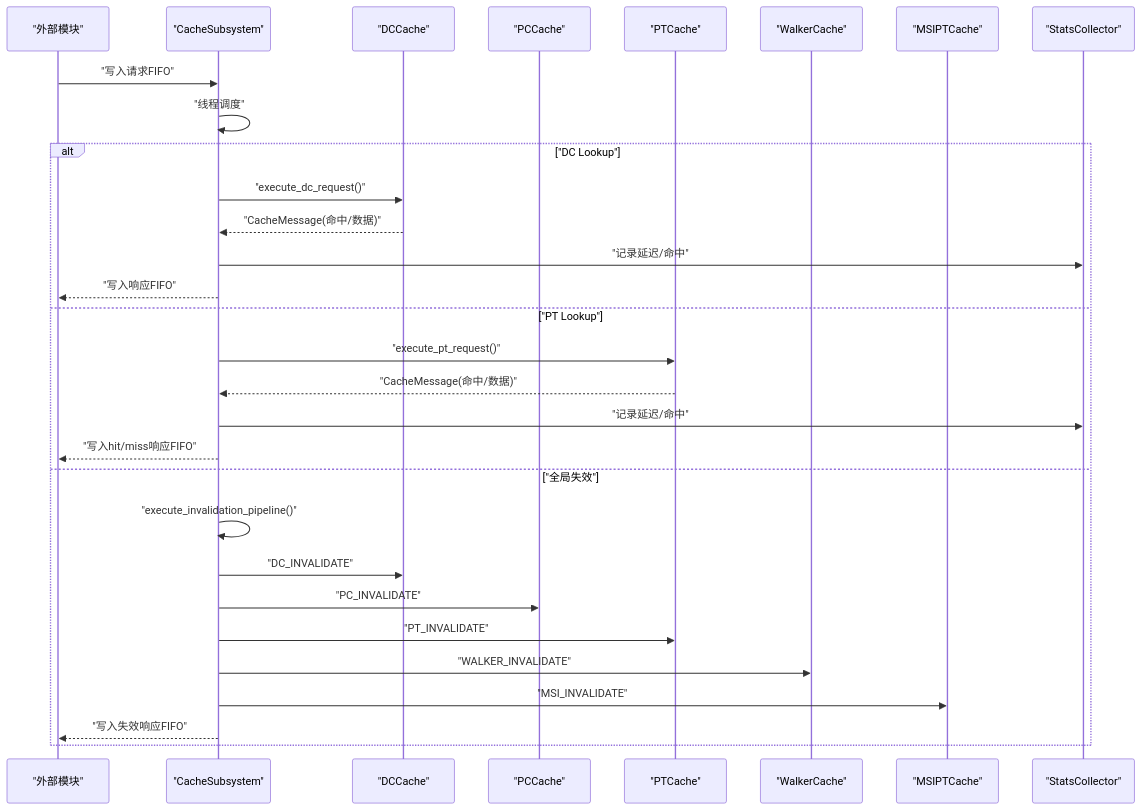
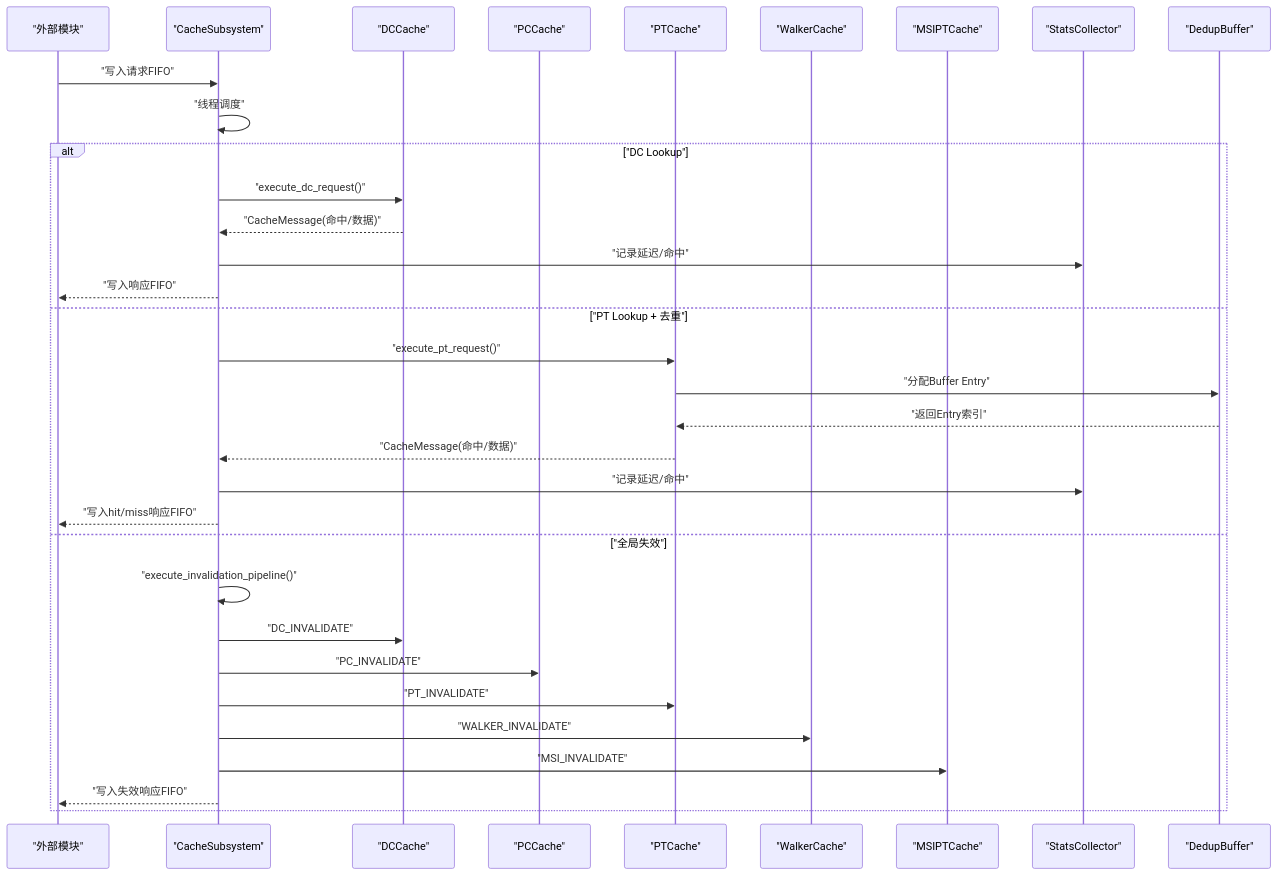
Before and after one commit to jiangjiang1122/iommu_model_20260401_v1: the second of 8 diagrams in .qoder/repowiki/zh/content/缓存系统架构/缓存子系统概览.md, drawn with Mermaid. The commit also changed other lines of this file and 22 other files, not shown here.

````diff
--- a/.qoder/repowiki/zh/content/缓存系统架构/缓存子系统概览.md
+++ b/.qoder/repowiki/zh/content/缓存系统架构/缓存子系统概览.md
@@ -94,32 +106,35 @@
 ```mermaid
 sequenceDiagram
 participant Ext as "外部模块"
 participant CS as "CacheSubsystem"
 participant DC as "DCCache"
 participant PC as "PCCache"
 participant PT as "PTCache"
 participant WC as "WalkerCache"
 participant MSI as "MSIPTCache"
 participant STAT as "StatsCollector"
+participant DEDP as "DedupBuffer"
 Ext->>CS : "写入请求FIFO"
 CS->>CS : "线程调度"
 alt "DC Lookup"
 CS->>DC : "execute_dc_request()"
 DC-->>CS : "CacheMessage(命中/数据)"
 CS->>STAT : "记录延迟/命中"
 CS-->>Ext : "写入响应FIFO"
-else "PT Lookup"
+else "PT Lookup + 去重"
 CS->>PT : "execute_pt_request()"
+PT->>DEDP : "分配Buffer Entry"
+DEDP-->>PT : "返回Entry索引"
 PT-->>CS : "CacheMessage(命中/数据)"
 CS->>STAT : "记录延迟/命中"
 CS-->>Ext : "写入hit/miss响应FIFO"
 else "全局失效"
 CS->>CS : "execute_invalidation_pipeline()"
 CS->>DC : "DC_INVALIDATE"
 CS->>PC : "PC_INVALIDATE"
 CS->>PT : "PT_INVALIDATE"
 CS->>WC : "WALKER_INVALIDATE"
 CS->>MSI : "MSI_INVALIDATE"
 CS-->>Ext : "写入失效响应FIFO"
 end
 ```
````
